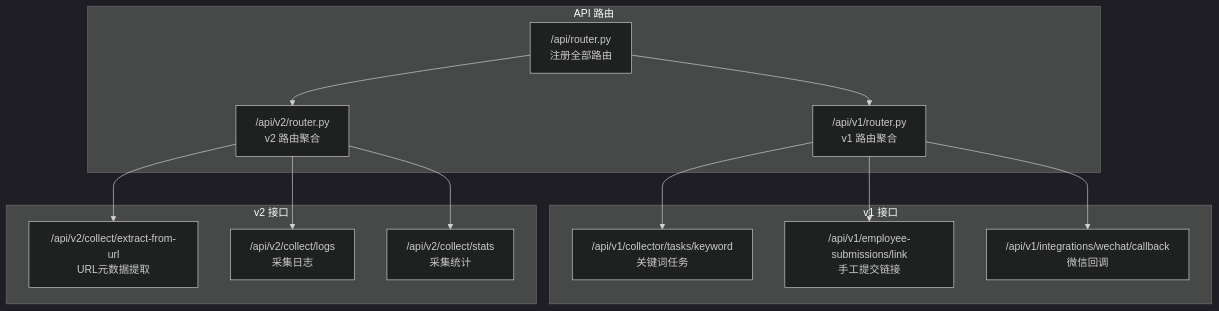
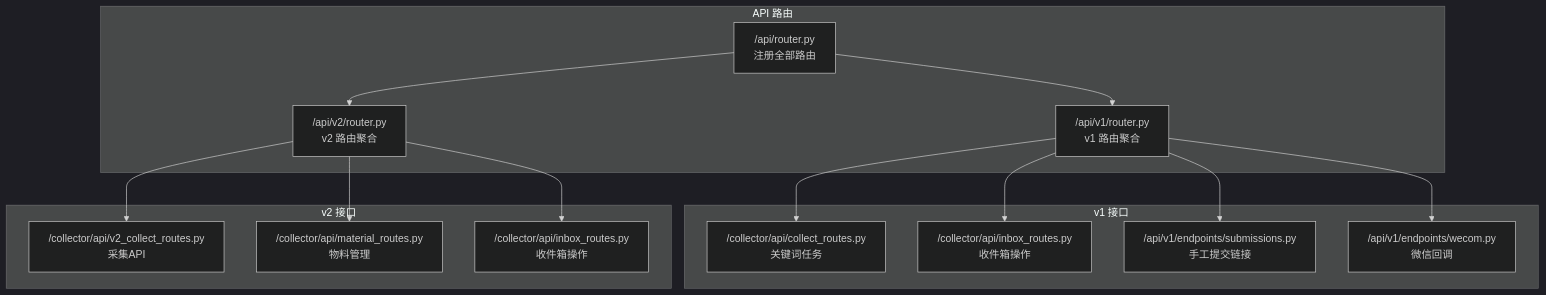
One commit to dream-ze/AI_huoke- changed the first of 10 diagrams in .qoder/repowiki/zh/content/API接口文档/内容采集接口.md. Above: the diagram before and after it, drawn with Mermaid (dark theme). The commit also changed other lines of this file and 52 other files, not shown here.

````diff
--- a/.qoder/repowiki/zh/content/API接口文档/内容采集接口.md
+++ b/.qoder/repowiki/zh/content/API接口文档/内容采集接口.md
@@ -42,26 +55,28 @@
 ```mermaid
 graph TB
 subgraph "API 路由"
 R["/api/router.py<br/>注册全部路由"]
 V1R["/api/v1/router.py<br/>v1 路由聚合"]
 V2R["/api/v2/router.py<br/>v2 路由聚合"]
 end
 subgraph "v1 接口"
-C1["/api/v1/collector/tasks/keyword<br/>关键词任务"]
-S1["/api/v1/employee-submissions/link<br/>手工提交链接"]
-W1["/api/v1/integrations/wechat/callback<br/>微信回调"]
+VR1["/collector/api/collect_routes.py<br/>关键词任务"]
+IR1["/collector/api/inbox_routes.py<br/>收件箱操作"]
+SR1["/api/v1/endpoints/submissions.py<br/>手工提交链接"]
+WR1["/api/v1/endpoints/wecom.py<br/>微信回调"]
 end
 subgraph "v2 接口"
-E2["/api/v2/collect/extract-from-url<br/>URL元数据提取"]
-L2["/api/v2/collect/logs<br/>采集日志"]
-T2["/api/v2/collect/stats<br/>采集统计"]
+VR2["/collector/api/v2_collect_routes.py<br/>采集API"]
+MR2["/collector/api/material_routes.py<br/>物料管理"]
+IR2["/collector/api/inbox_routes.py<br/>收件箱操作"]
 end
 R --> V1R
 R --> V2R
-V1R --> C1
-V1R --> S1
-V1R --> W1
-V2R --> E2
-V2R --> L2
-V2R --> T2
+V1R --> VR1
+V1R --> IR1
+V1R --> SR1
+V1R --> WR1
+V2R --> VR2
+V2R --> MR2
+V2R --> IR2
 ```
````
